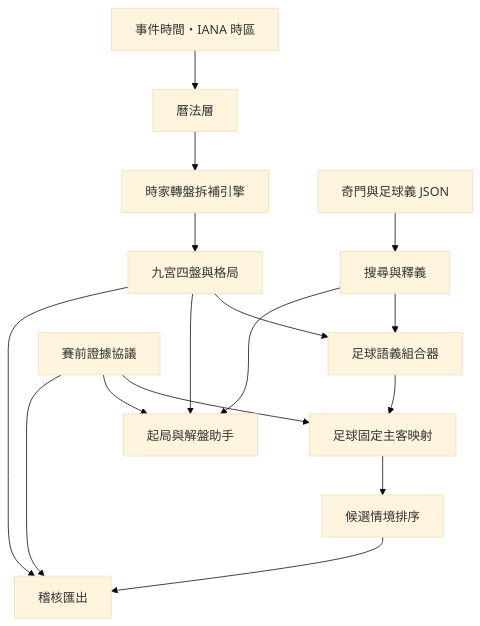
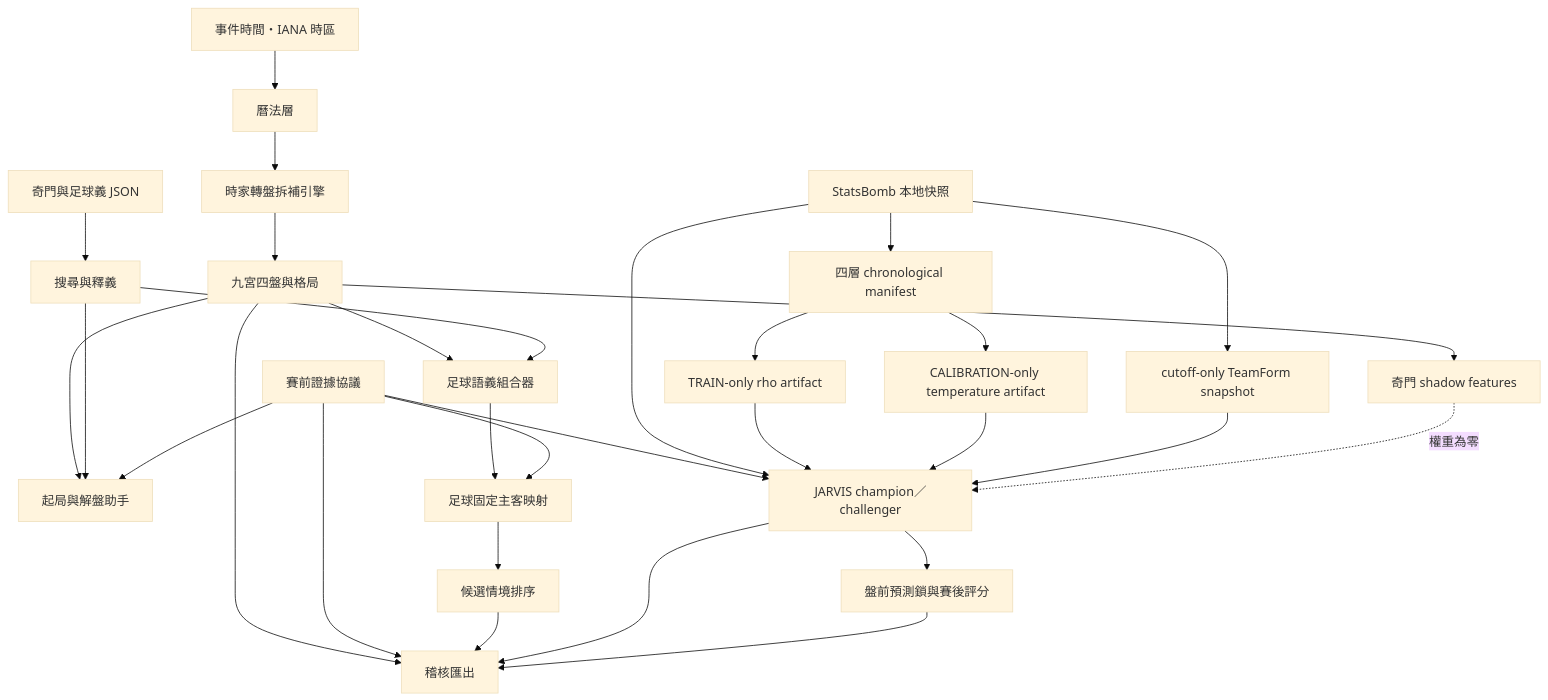
One commit to wujoshnjr/meihua-football-streamlit changed the diagram in docs/ARCHITECTURE.md. Above: the diagram before and after it, drawn with Mermaid (base theme). The commit also changed other lines of this file and 48 other files, not shown here.

````diff
--- a/docs/ARCHITECTURE.md
+++ b/docs/ARCHITECTURE.md
@@ -7,18 +7,32 @@
 ```mermaid
 flowchart TD
     A[事件時間・IANA 時區] --> B[曆法層]
     B --> C[時家轉盤拆補引擎]
     C --> D[九宮四盤與格局]
     K[奇門與足球義 JSON] --> E[搜尋與釋義]
     D --> S[足球語義組合器]
     D --> Q[起局與解盤助手]
     E --> S
     E --> Q
     S --> F[足球固定主客映射]
     P[賽前證據協議] --> F
     P --> Q
     F --> G[候選情境排序]
+    P --> M[JARVIS champion／challenger]
+    O[StatsBomb 本地快照] --> M
+    O --> T[四層 chronological manifest]
+    O --> FS[cutoff-only TeamForm snapshot]
+    T --> R[TRAIN-only rho artifact]
+    T --> C2[CALIBRATION-only temperature artifact]
+    R --> M
+    C2 --> M
+    FS --> M
+    D --> X[奇門 shadow features]
+    X -. 權重為零 .-> M
+    M --> V[盤前預測鎖與賽後評分]
     D --> H[稽核匯出]
     P --> H
     G --> H
+    M --> H
+    V --> H
 ```
````
